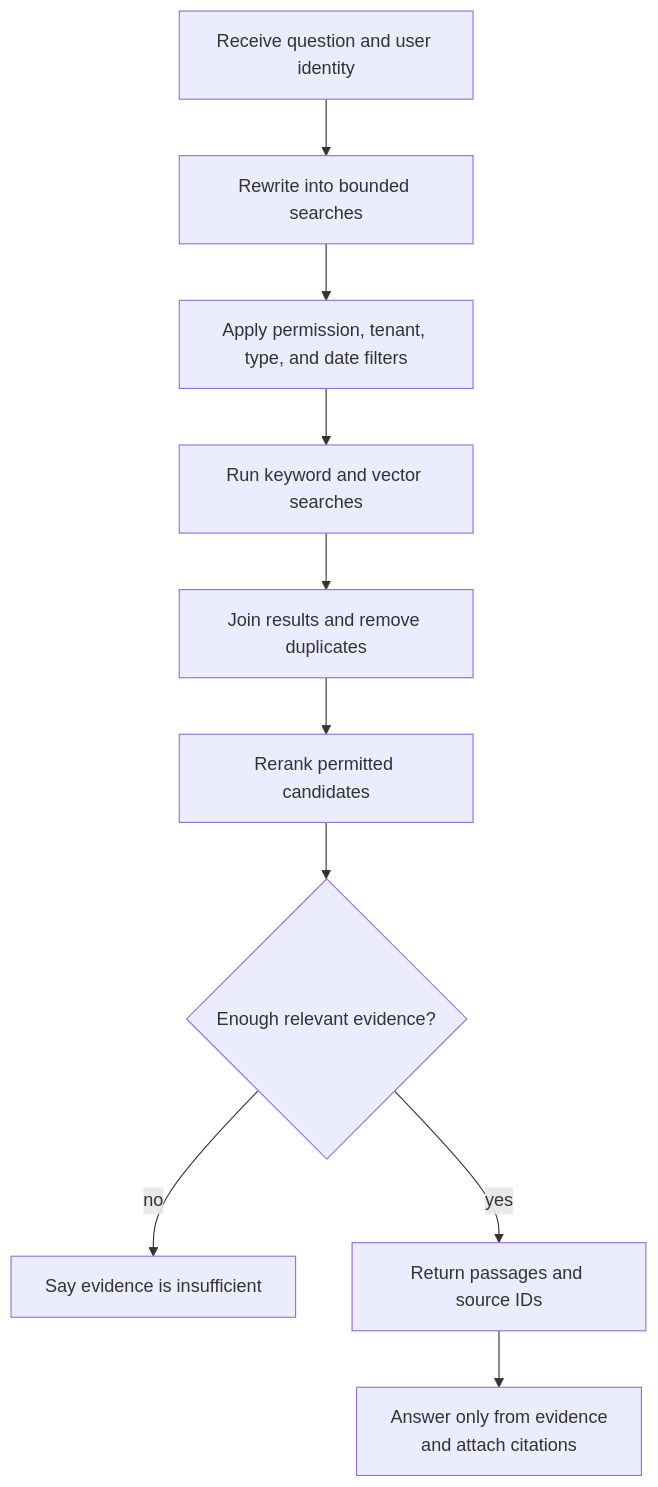
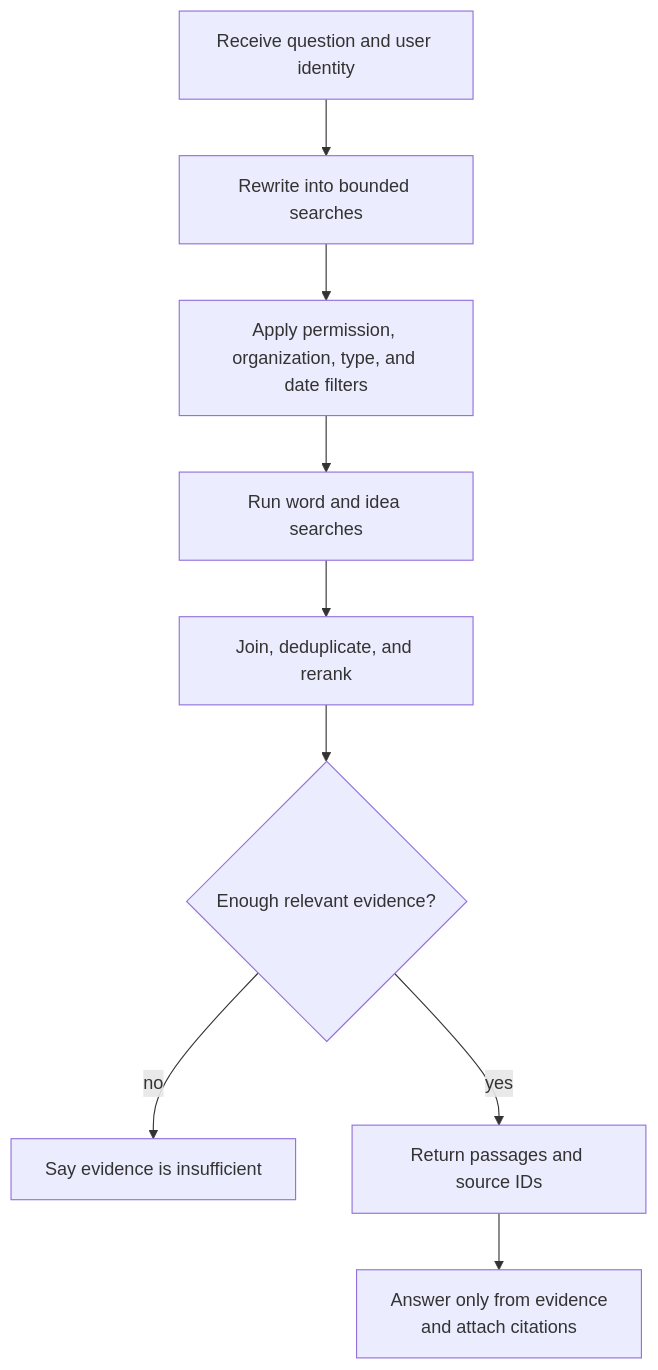
One commit to VikrantSingh01/Agentic_System_Design changed the second of 2 diagrams in modules/03-context-knowledge-memory/chapters/11-advanced-retrieval.md. Above: the diagram before and after it, drawn with Mermaid. The commit also changed other lines of this file and 5 other files, not shown here.

Commit message:
Improve Module 3 diagram accessibility

````diff
--- a/modules/03-context-knowledge-memory/chapters/11-advanced-retrieval.md
+++ b/modules/03-context-knowledge-memory/chapters/11-advanced-retrieval.md
@@ -88,12 +89,11 @@
 ```mermaid
 flowchart TD
     A[Receive question and user identity] --> B[Rewrite into bounded searches]
-    B --> C[Apply permission, tenant, type, and date filters]
-    C --> D[Run keyword and vector searches]
-    D --> E[Join results and remove duplicates]
-    E --> F[Rerank permitted candidates]
+    B --> C[Apply permission, organization, type, and date filters]
+    C --> D[Run word and idea searches]
+    D --> F[Join, deduplicate, and rerank]
     F --> G{Enough relevant evidence?}
     G -- no --> H[Say evidence is insufficient]
     G -- yes --> I[Return passages and source IDs]
     I --> J[Answer only from evidence<br/>and attach citations]
 ```
````
